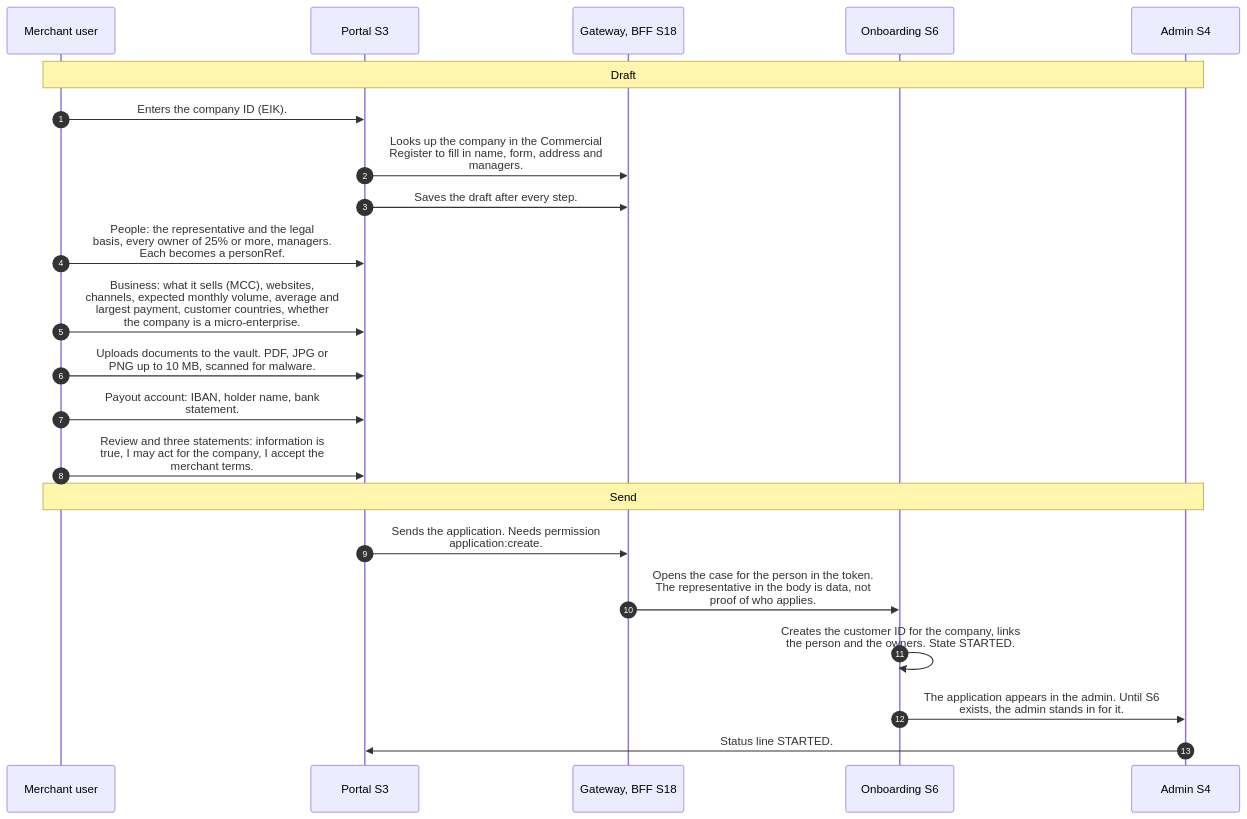
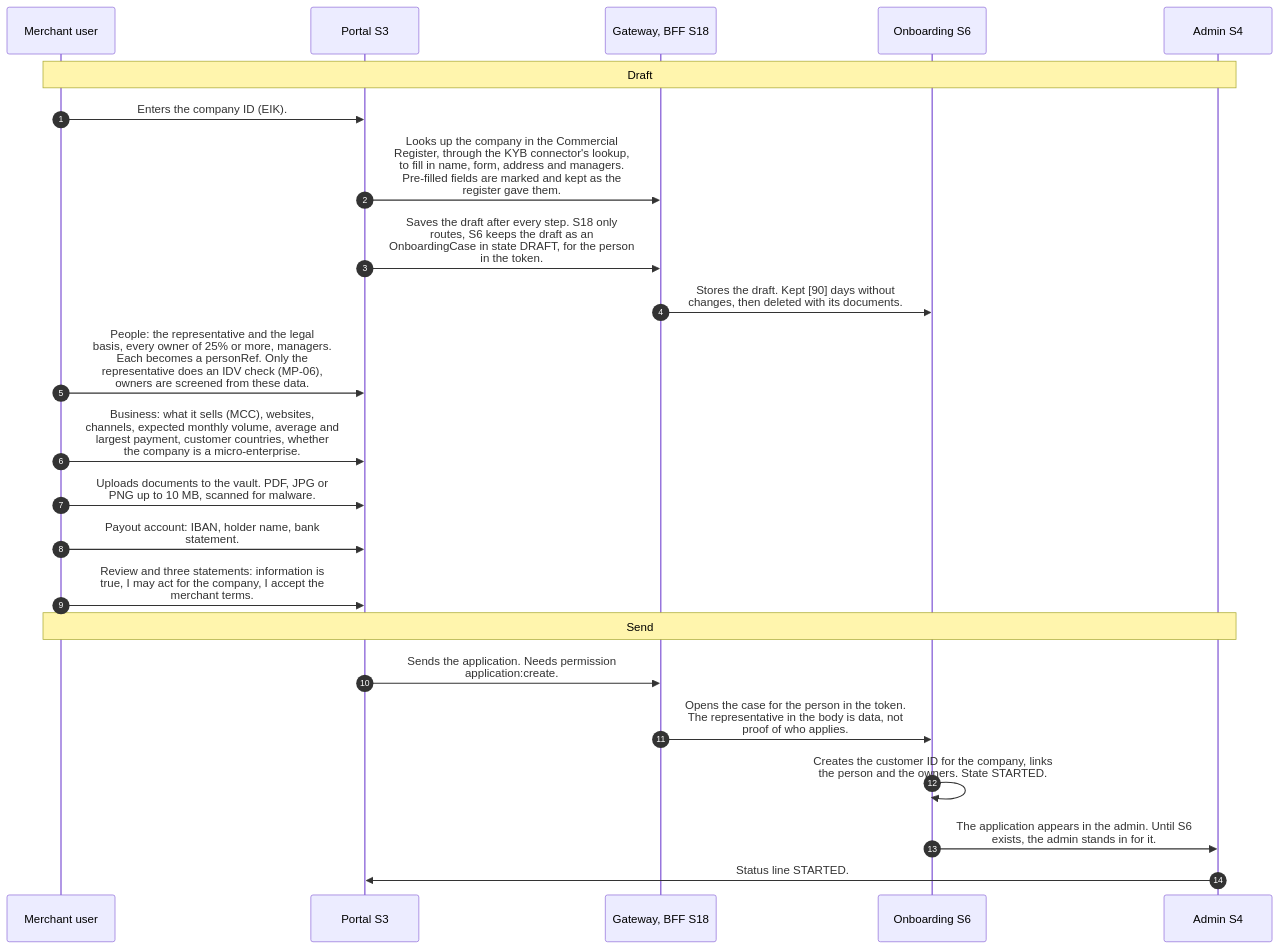
The first of 2 diagrams in docs/workflows/MP-05-fill-in-and-send-the-application.md (paytinno/merchant-portal-workflows), drawn with Mermaid before and after one commit. The commit also changed other lines of this file and 36 other files, not shown here.

````diff
--- a/docs/workflows/MP-05-fill-in-and-send-the-application.md
+++ b/docs/workflows/MP-05-fill-in-and-send-the-application.md
@@ -21,24 +21,25 @@
 ```mermaid
 sequenceDiagram
   autonumber
   participant MER as Merchant user
   participant S3 as Portal S3
   participant S18 as Gateway, BFF S18
   participant S6 as Onboarding S6
   participant S4 as Admin S4
   Note over MER,S4: Draft
   MER->>S3: Enters the company ID (EIK).
-  S3->>S18: Looks up the company in the Commercial<br/>Register to fill in name, form, address and<br/>managers.
-  S3->>S18: Saves the draft after every step.
-  MER->>S3: People: the representative and the legal<br/>basis, every owner of 25% or more, managers.<br/>Each becomes a personRef.
+  S3->>S18: Looks up the company in the Commercial<br/>Register, through the KYB connector's lookup,<br/>to fill in name, form, address and managers.<br/>Pre-filled fields are marked and kept as the<br/>register gave them.
+  S3->>S18: Saves the draft after every step. S18 only<br/>routes, S6 keeps the draft as an<br/>OnboardingCase in state DRAFT, for the person<br/>in the token.
+  S18->>S6: Stores the draft. Kept [90] days without<br/>changes, then deleted with its documents.
+  MER->>S3: People: the representative and the legal<br/>basis, every owner of 25% or more, managers.<br/>Each becomes a personRef. Only the<br/>representative does an IDV check (MP-06),<br/>owners are screened from these data.
   MER->>S3: Business: what it sells (MCC), websites,<br/>channels, expected monthly volume, average and<br/>largest payment, customer countries, whether<br/>the company is a micro-enterprise.
   MER->>S3: Uploads documents to the vault. PDF, JPG or<br/>PNG up to 10 MB, scanned for malware.
   MER->>S3: Payout account: IBAN, holder name, bank<br/>statement.
   MER->>S3: Review and three statements: information is<br/>true, I may act for the company, I accept the<br/>merchant terms.
   Note over MER,S4: Send
   S3->>S18: Sends the application. Needs permission<br/>application:create.
   S18->>S6: Opens the case for the person in the token.<br/>The representative in the body is data, not<br/>proof of who applies.
   S6->>S6: Creates the customer ID for the company, links<br/>the person and the owners. State STARTED.
   S6->>S4: The application appears in the admin. Until S6<br/>exists, the admin stands in for it.
   S4->>S3: Status line STARTED.
 ```
````
